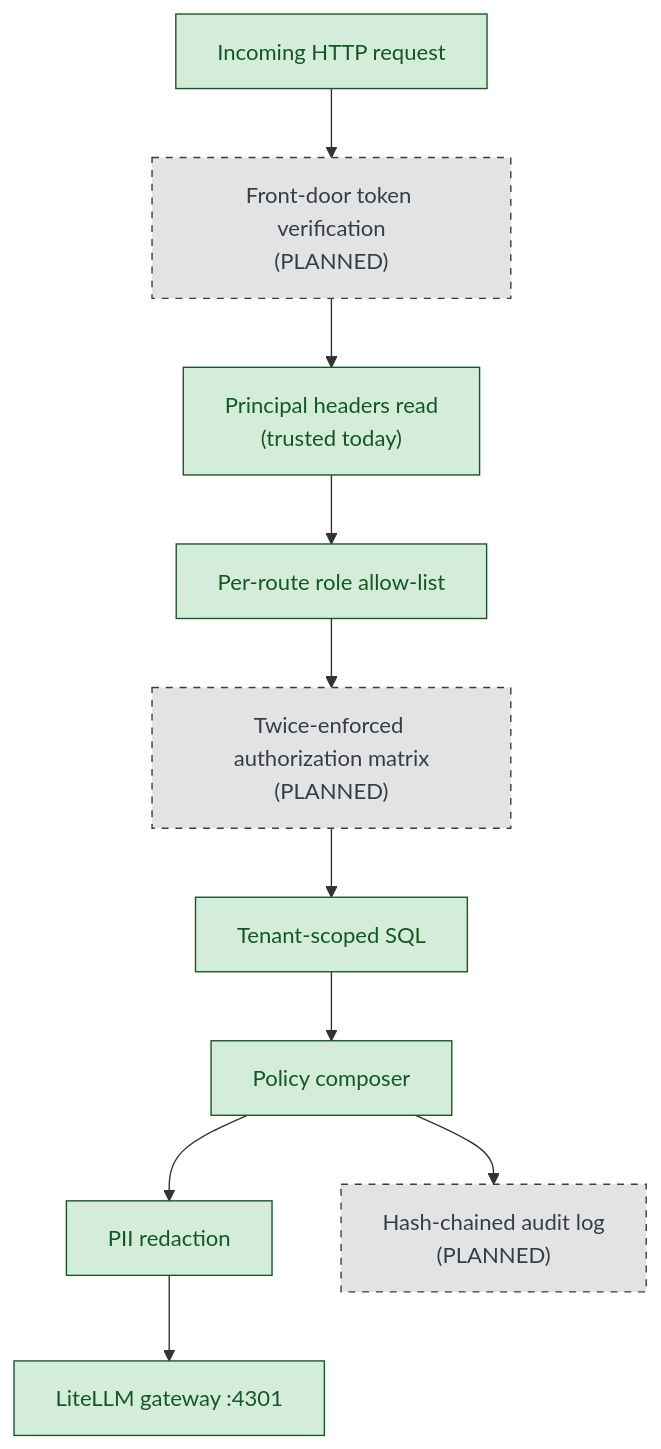
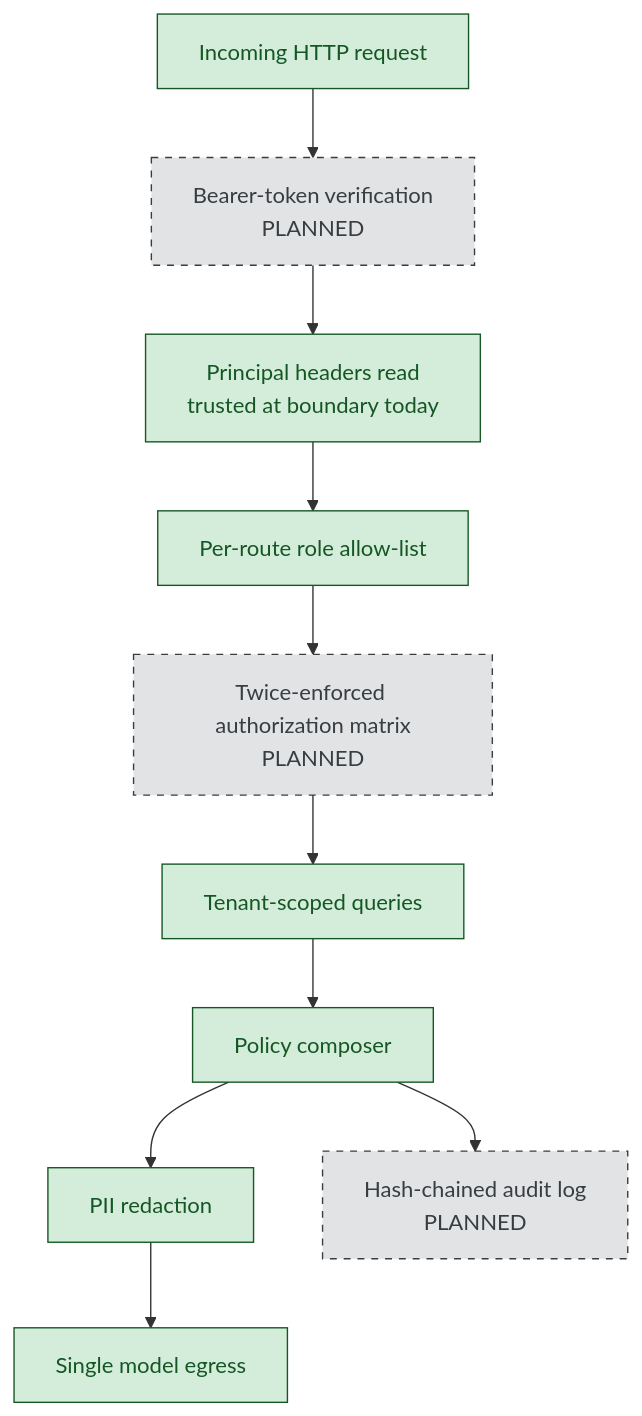
The fifth of 7 diagrams in docs/MANAGEMENT-BRIEFING.md (Kevinparashar/One-ops-NextGen), drawn with Mermaid before and after one commit. The commit also changed other lines of this file and 1 other file, not shown here.

````diff
--- a/docs/MANAGEMENT-BRIEFING.md
+++ b/docs/MANAGEMENT-BRIEFING.md
@@ -286,19 +267,19 @@
 ```mermaid
 flowchart TD
     classDef shipped fill:#d4edda,stroke:#155724,color:#155724
     classDef planned fill:#e2e3e5,stroke:#383d41,color:#383d41,stroke-dasharray:5 5
 
     REQ["Incoming HTTP request"]:::shipped
-    JWT["Front-door token verification<br/>(PLANNED)"]:::planned
-    HEAD["Principal headers read<br/>(trusted today)"]:::shipped
+    JWT["Bearer-token verification<br/>PLANNED"]:::planned
+    HEAD["Principal headers read<br/>trusted at boundary today"]:::shipped
     ROLE["Per-route role allow-list"]:::shipped
-    RBAC["Twice-enforced authorization matrix<br/>(PLANNED)"]:::planned
-    TENANT["Tenant-scoped SQL"]:::shipped
+    RBAC["Twice-enforced authorization matrix<br/>PLANNED"]:::planned
+    TENANT["Tenant-scoped queries"]:::shipped
     POLICY["Policy composer"]:::shipped
     PII["PII redaction"]:::shipped
-    LLM["LiteLLM gateway :4301"]:::shipped
-    AUDIT["Hash-chained audit log<br/>(PLANNED)"]:::planned
+    LLM["Single model egress"]:::shipped
+    AUDIT["Hash-chained audit log<br/>PLANNED"]:::planned
 
     REQ --> JWT --> HEAD --> ROLE --> RBAC --> TENANT --> POLICY --> PII --> LLM
     POLICY --> AUDIT
 ```
````
